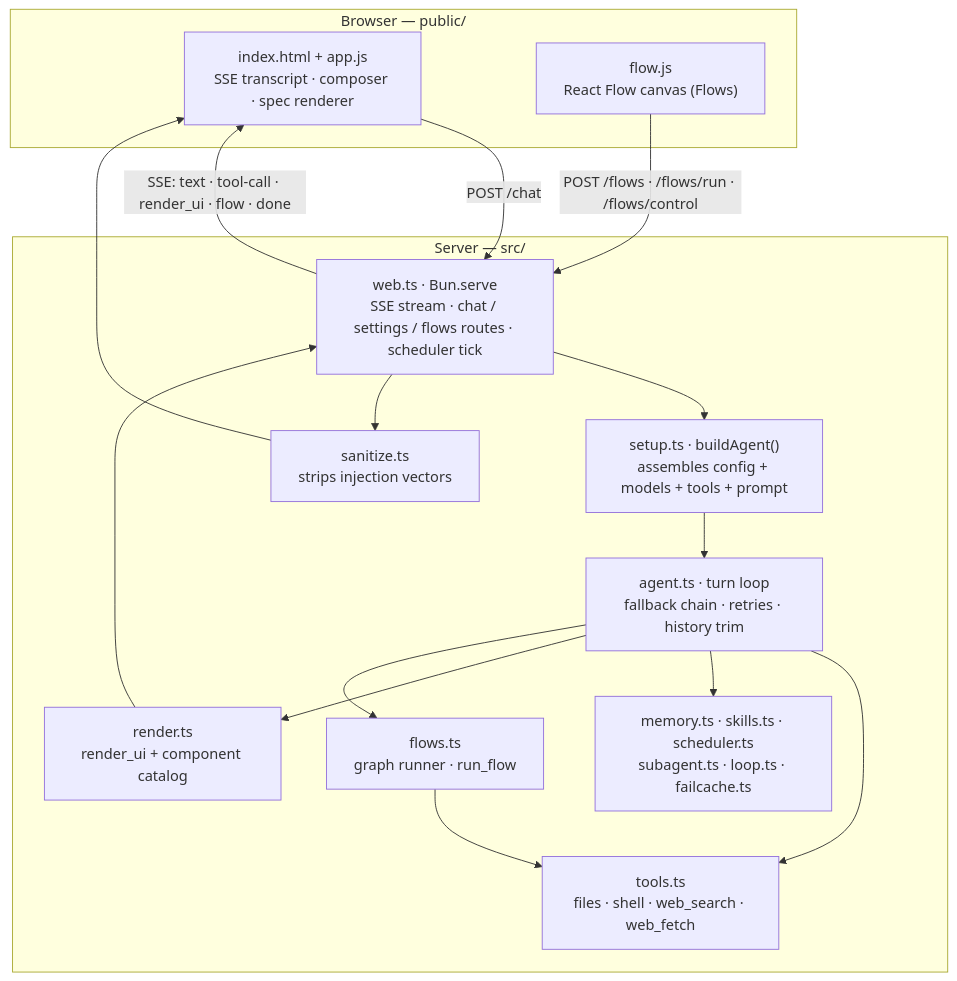
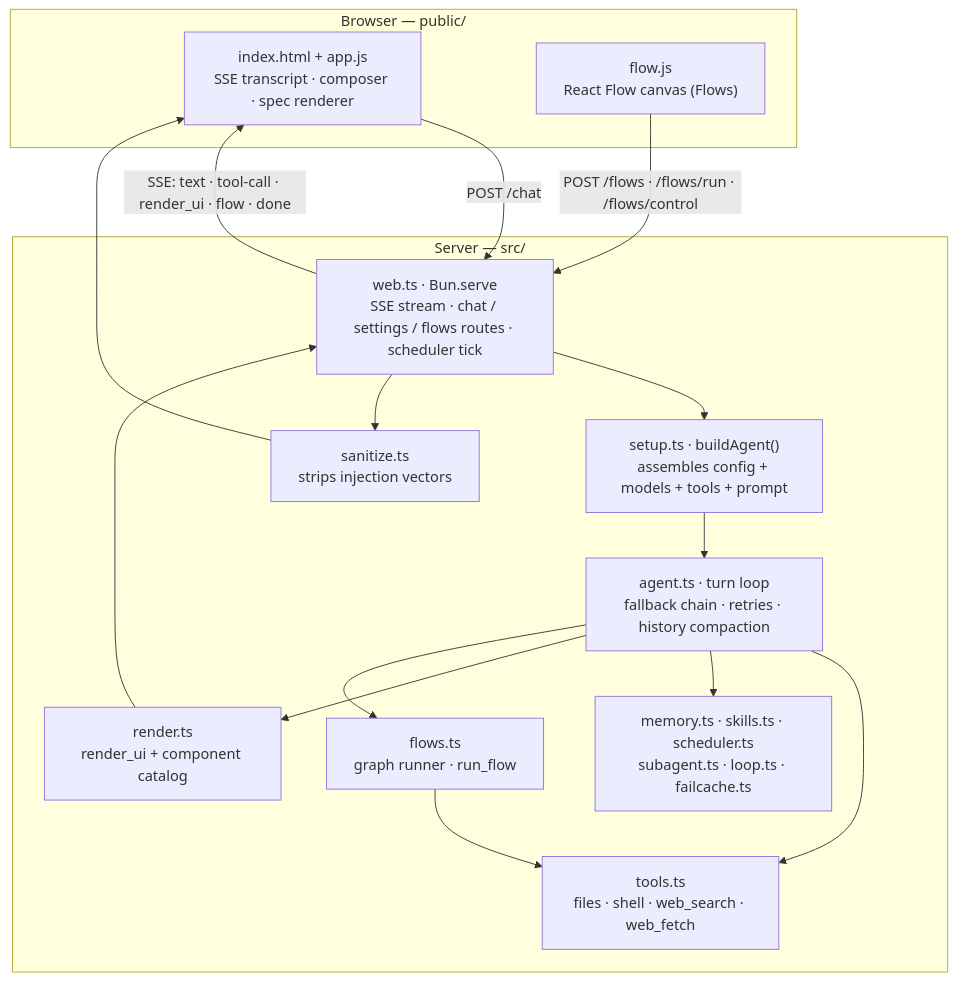
One commit to Adhishtanaka/adhd changed the first of 5 diagrams in README.md. Above: the diagram before and after it, drawn with Mermaid. The commit also changed other lines of this file, not shown here.

Commit message:
feat: update README to reflect history compaction and merge node functionality

````diff
--- a/README.md
+++ b/README.md
@@ -49,32 +49,32 @@
 ```mermaid
 flowchart TB
   subgraph browser["Browser — public/"]
     ui["index.html + app.js<br/>SSE transcript · composer · spec renderer"]
     flow["flow.js<br/>React Flow canvas (Flows)"]
   end
 
   subgraph server["Server — src/"]
     web["web.ts · Bun.serve<br/>SSE stream · chat / settings / flows routes · scheduler tick"]
     setup["setup.ts · buildAgent()<br/>assembles config + models + tools + prompt"]
-    agent["agent.ts · turn loop<br/>fallback chain · retries · history trim"]
+    agent["agent.ts · turn loop<br/>fallback chain · retries · history compaction"]
     tools["tools.ts<br/>files · shell · web_search · web_fetch"]
     flows["flows.ts<br/>graph runner · run_flow"]
     render["render.ts<br/>render_ui + component catalog"]
     extra["memory.ts · skills.ts · scheduler.ts<br/>subagent.ts · loop.ts · failcache.ts"]
     san["sanitize.ts<br/>strips injection vectors"]
   end
 
   ui -- "POST /chat" --> web
   flow -- "POST /flows · /flows/run · /flows/control" --> web
   web -- "SSE: text · tool-call · render_ui · flow · done" --> ui
   web --> setup
   setup --> agent
   agent --> tools
   agent --> extra
   agent --> render
   agent --> flows
   flows --> tools
   render --> web
   web --> san
   san --> ui
 ```
````
